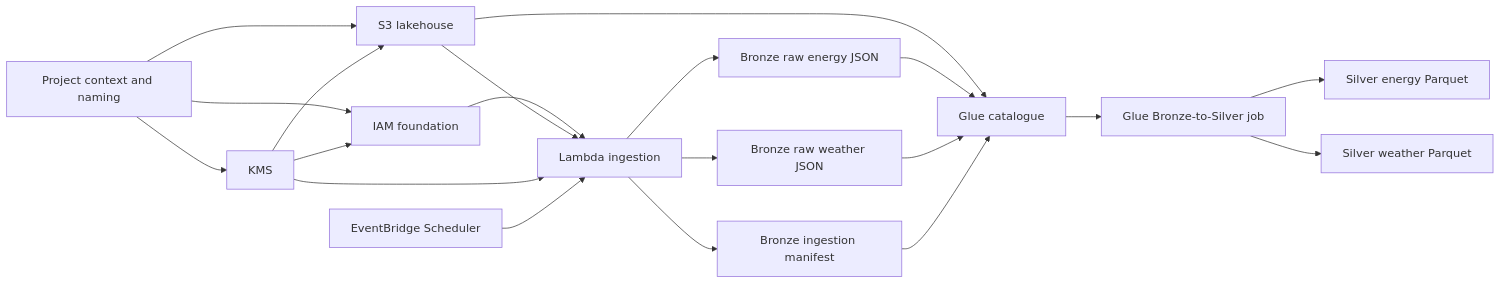
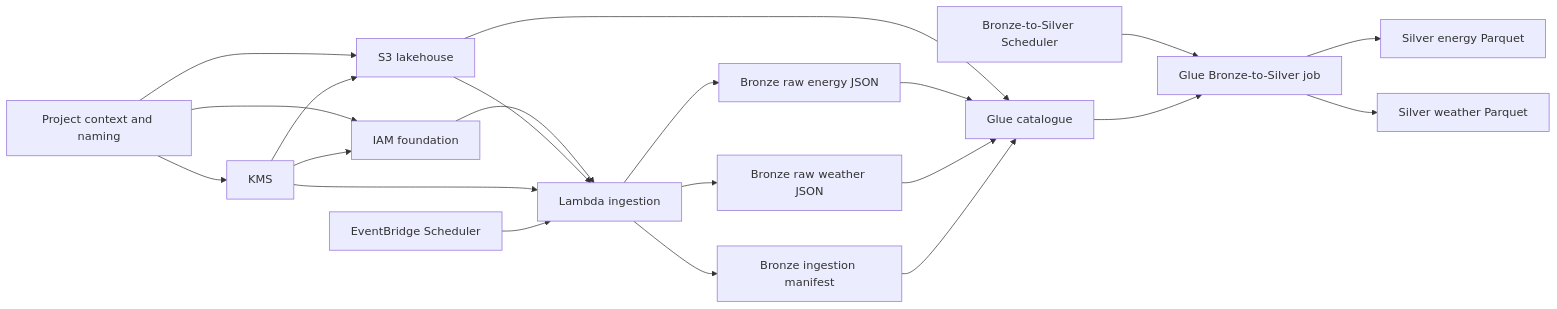
One commit to Ch3rry-Pi3-AWS/AWS-MLOps-EnergyForecasting-AnomalyDetection changed the first of 3 diagrams in README.md. Above: the diagram before and after it, drawn with Mermaid. The commit also changed other lines of this file and 8 other files, not shown here.

Commit message:
Add scheduled Bronze-to-Silver Glue orchestration

````diff
--- a/README.md
+++ b/README.md
@@ -90,22 +93,23 @@
 ```mermaid
 flowchart LR
     A[Project context and naming] --> B[KMS]
     A --> C[S3 lakehouse]
     A --> D[IAM foundation]
     B --> C
     B --> D
     D --> E[Lambda ingestion]
     C --> E
     B --> E
     F[EventBridge Scheduler] --> E
     E --> G[Bronze raw energy JSON]
     E --> H[Bronze raw weather JSON]
     E --> I[Bronze ingestion manifest]
     C --> J[Glue catalogue]
     G --> J
     H --> J
     I --> J
+    N[Bronze-to-Silver Scheduler] --> K
     J --> K[Glue Bronze-to-Silver job]
     K --> L[Silver energy Parquet]
     K --> M[Silver weather Parquet]
 ```
````
